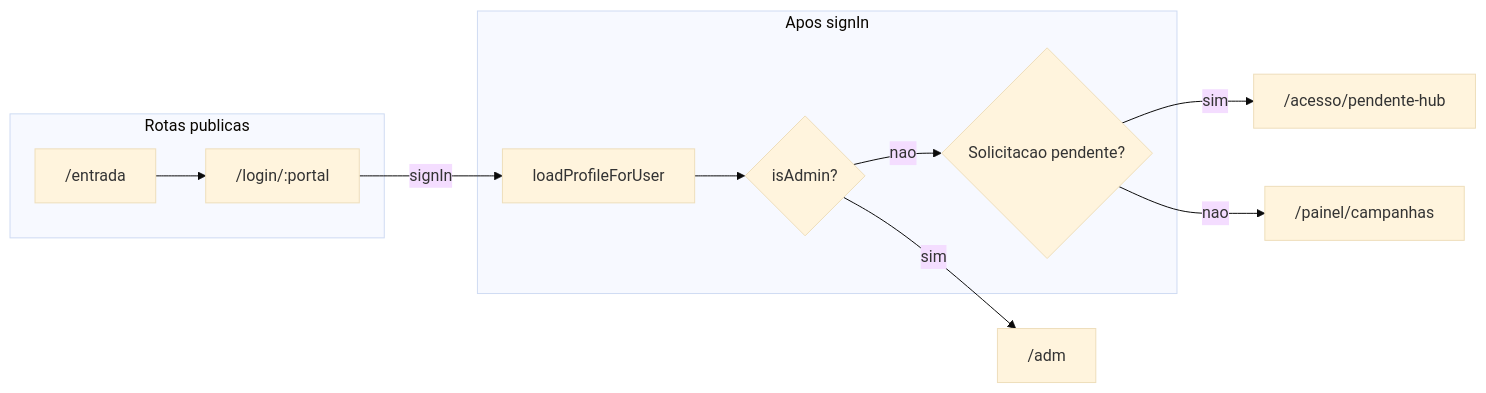
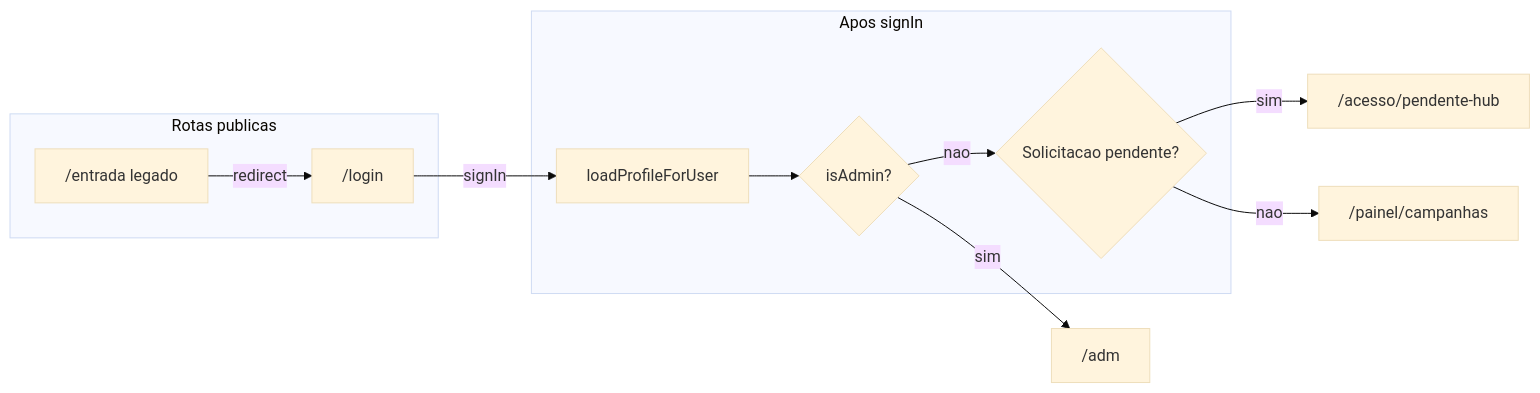
One commit to LucasNeuro/dashmidias changed the diagram in docs/ACESSOS_AUTH_E_GOVERNANCA.md. Above: the diagram before and after it, drawn with Mermaid (base theme). The commit also changed other lines of this file and 24 other files, not shown here.

````diff
--- a/docs/ACESSOS_AUTH_E_GOVERNANCA.md
+++ b/docs/ACESSOS_AUTH_E_GOVERNANCA.md
@@ -114,19 +114,19 @@
 ```mermaid
 flowchart LR
   subgraph public [Rotas publicas]
-    Entrada["/entrada"]
-    LoginPortal["/login/:portal"]
+    Entrada["/entrada legado"]
+    Login["/login"]
   end
   subgraph after [Apos signIn]
     Load["loadProfileForUser"]
     Path{"isAdmin?"}
     Pend{"Solicitacao pendente?"}
   end
-  Entrada --> LoginPortal
-  LoginPortal -->|"signIn"| Load
+  Entrada -->|redirect| Login
+  Login -->|signIn| Load
   Load --> Path
   Path -->|sim| Adm["/adm"]
   Path -->|nao| Pend
   Pend -->|sim| PendPage["/acesso/pendente-hub"]
   Pend -->|nao| Home["/painel/campanhas"]
 ```
````
